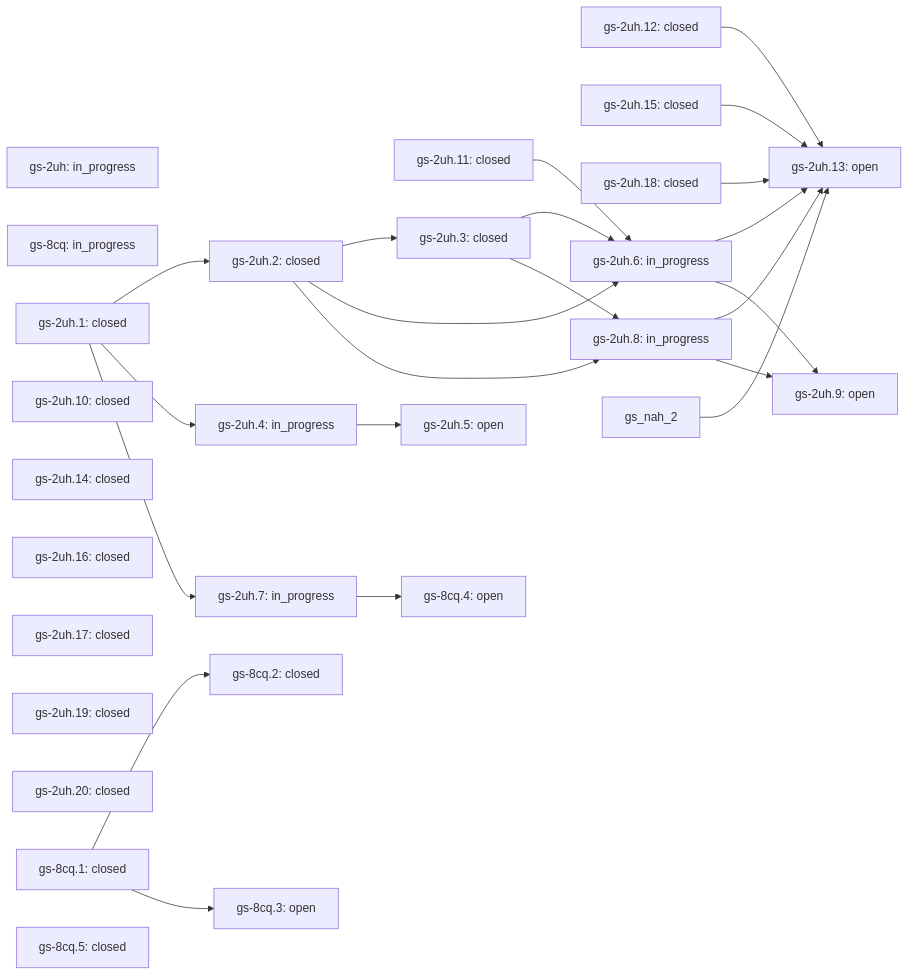
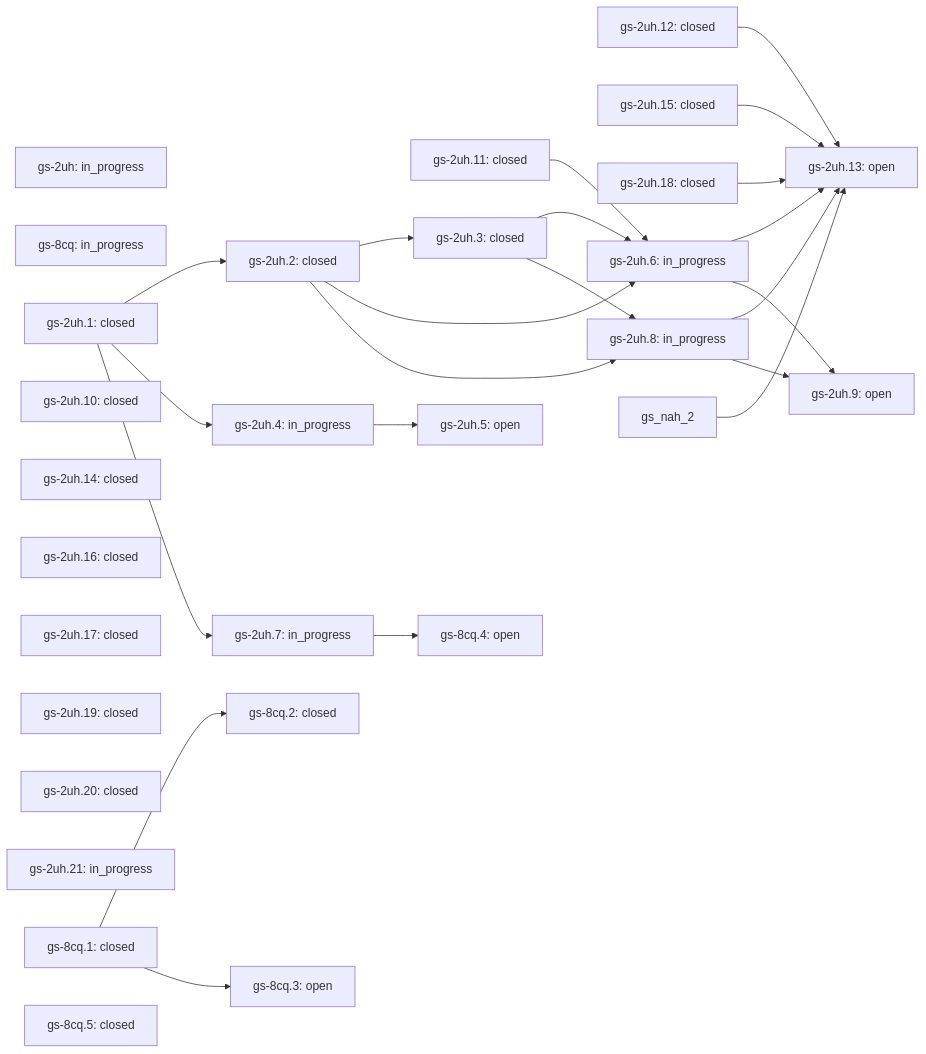
Before and after one commit to lifeofgurpreet/G-Skills: the diagram in docs/skills/vps-health/ROADMAP.md, drawn with Mermaid. The commit also changed other lines of this file and 15 other files, not shown here.

````diff
--- a/docs/skills/vps-health/ROADMAP.md
+++ b/docs/skills/vps-health/ROADMAP.md
@@ -39,51 +40,52 @@
 ```mermaid
 flowchart LR
   gs_2uh["gs-2uh: in_progress"]
   gs_8cq["gs-8cq: in_progress"]
   gs_2uh_1["gs-2uh.1: closed"]
   gs_2uh_10["gs-2uh.10: closed"]
   gs_2uh_11["gs-2uh.11: closed"]
   gs_2uh_12["gs-2uh.12: closed"]
   gs_2uh_13["gs-2uh.13: open"]
   gs_2uh_12 --> gs_2uh_13
   gs_2uh_15 --> gs_2uh_13
   gs_2uh_18 --> gs_2uh_13
   gs_2uh_6 --> gs_2uh_13
   gs_2uh_8 --> gs_2uh_13
   gs_nah_2 --> gs_2uh_13
   gs_2uh_14["gs-2uh.14: closed"]
   gs_2uh_15["gs-2uh.15: closed"]
   gs_2uh_16["gs-2uh.16: closed"]
   gs_2uh_17["gs-2uh.17: closed"]
   gs_2uh_18["gs-2uh.18: closed"]
   gs_2uh_19["gs-2uh.19: closed"]
   gs_2uh_2["gs-2uh.2: closed"]
   gs_2uh_1 --> gs_2uh_2
   gs_2uh_20["gs-2uh.20: closed"]
+  gs_2uh_21["gs-2uh.21: in_progress"]
   gs_2uh_3["gs-2uh.3: closed"]
   gs_2uh_2 --> gs_2uh_3
   gs_2uh_4["gs-2uh.4: in_progress"]
   gs_2uh_1 --> gs_2uh_4
   gs_2uh_5["gs-2uh.5: open"]
   gs_2uh_4 --> gs_2uh_5
   gs_2uh_6["gs-2uh.6: in_progress"]
   gs_2uh_11 --> gs_2uh_6
   gs_2uh_2 --> gs_2uh_6
   gs_2uh_3 --> gs_2uh_6
   gs_2uh_8["gs-2uh.8: in_progress"]
   gs_2uh_2 --> gs_2uh_8
   gs_2uh_3 --> gs_2uh_8
   gs_8cq_1["gs-8cq.1: closed"]
   gs_8cq_2["gs-8cq.2: closed"]
   gs_8cq_1 --> gs_8cq_2
   gs_2uh_7["gs-2uh.7: in_progress"]
   gs_2uh_1 --> gs_2uh_7
   gs_2uh_9["gs-2uh.9: open"]
   gs_2uh_6 --> gs_2uh_9
   gs_2uh_8 --> gs_2uh_9
   gs_8cq_3["gs-8cq.3: open"]
   gs_8cq_1 --> gs_8cq_3
   gs_8cq_4["gs-8cq.4: open"]
   gs_2uh_7 --> gs_8cq_4
   gs_8cq_5["gs-8cq.5: closed"]
 ```
````
